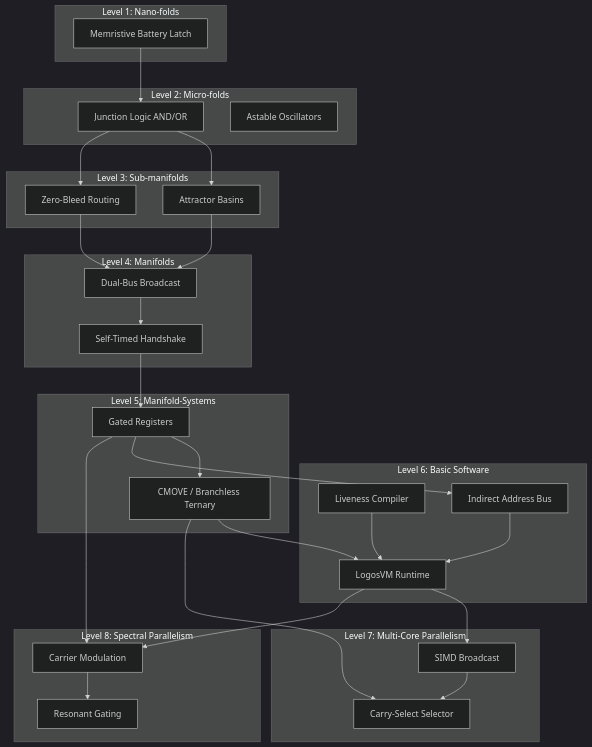
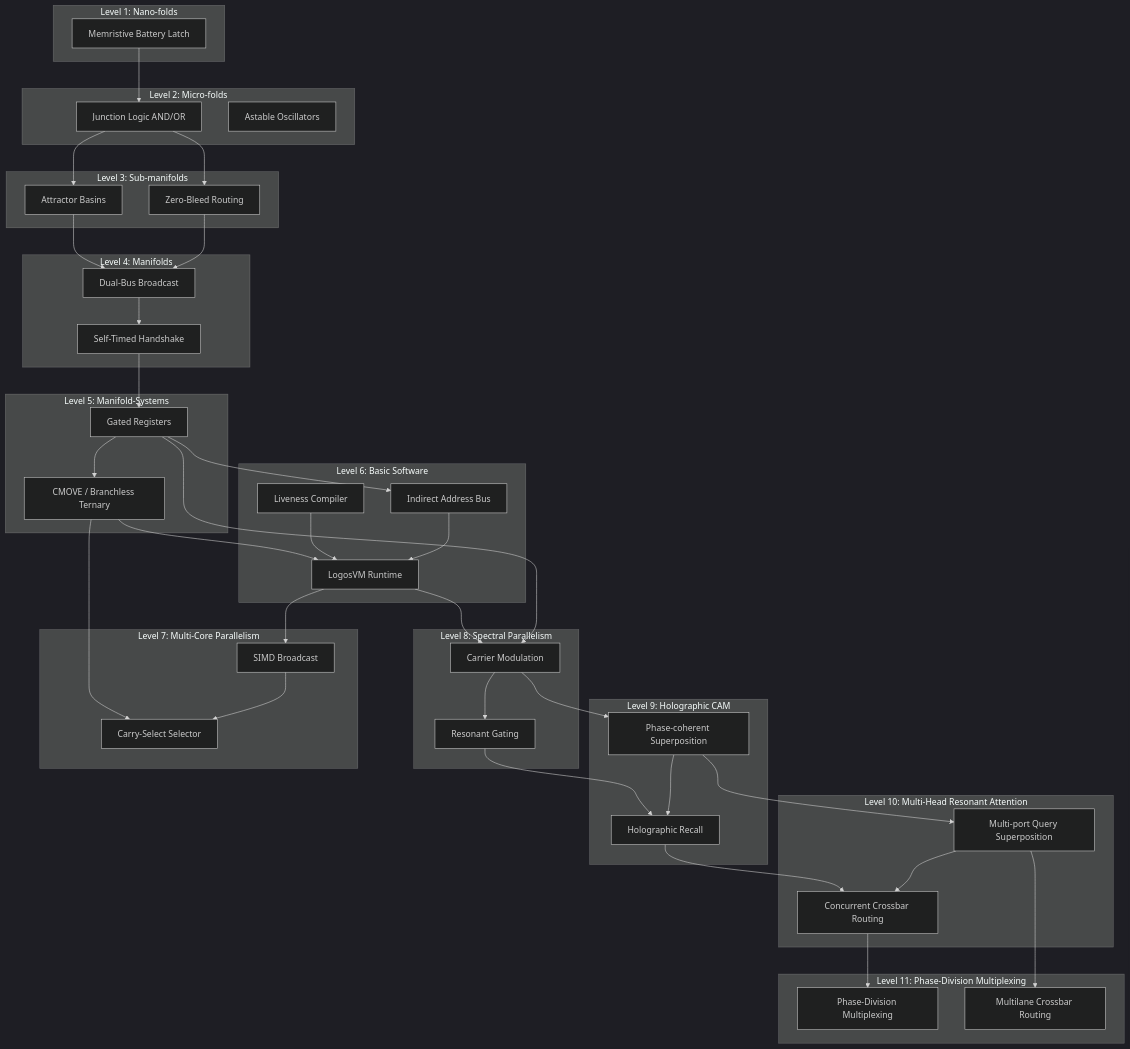
The diagram in solKnowledge/level_architecture/SOL_Level_Architecture_v0_1.md (TechmanStudios/sol), drawn with Mermaid (dark theme) before and after one commit. The commit also changed other lines of this file and 29 other files, not shown here.

````diff
--- a/solKnowledge/level_architecture/SOL_Level_Architecture_v0_1.md
+++ b/solKnowledge/level_architecture/SOL_Level_Architecture_v0_1.md
@@ -83,6 +107,21 @@
 ```mermaid
 graph TD
     %% Levels
+    subgraph Level 10: Multi-Head Resonant Attention
+        L10_Con[Concurrent Crossbar Routing]
+        L10_Super[Multi-port Query Superposition]
+    end
+
+    subgraph Level 11: Phase-Division Multiplexing
+        L11_PDM[Phase-Division Multiplexing]
+        L11_Crossbar[Multilane Crossbar Routing]
+    end
+
+    subgraph Level 9: Holographic CAM
+        L9_Rec[Holographic Recall]
+        L9_Super[Phase-coherent Superposition]
+    end
+
     subgraph Level 8: Spectral Parallelism
         L8_Mod[Carrier Modulation]
         L8_Res[Resonant Gating]
@@ -143,4 +182,15 @@
     L6_VM --> L8_Mod
     L5_Reg --> L8_Mod
     L8_Mod --> L8_Res
+    
+    L8_Res --> L9_Rec
+    L8_Mod --> L9_Super
+    L9_Super --> L9_Rec
+
+    L9_Rec --> L10_Con
+    L9_Super --> L10_Super
+    L10_Super --> L10_Con
+    
+    L10_Con --> L11_PDM
+    L10_Super --> L11_Crossbar
 ```
````
